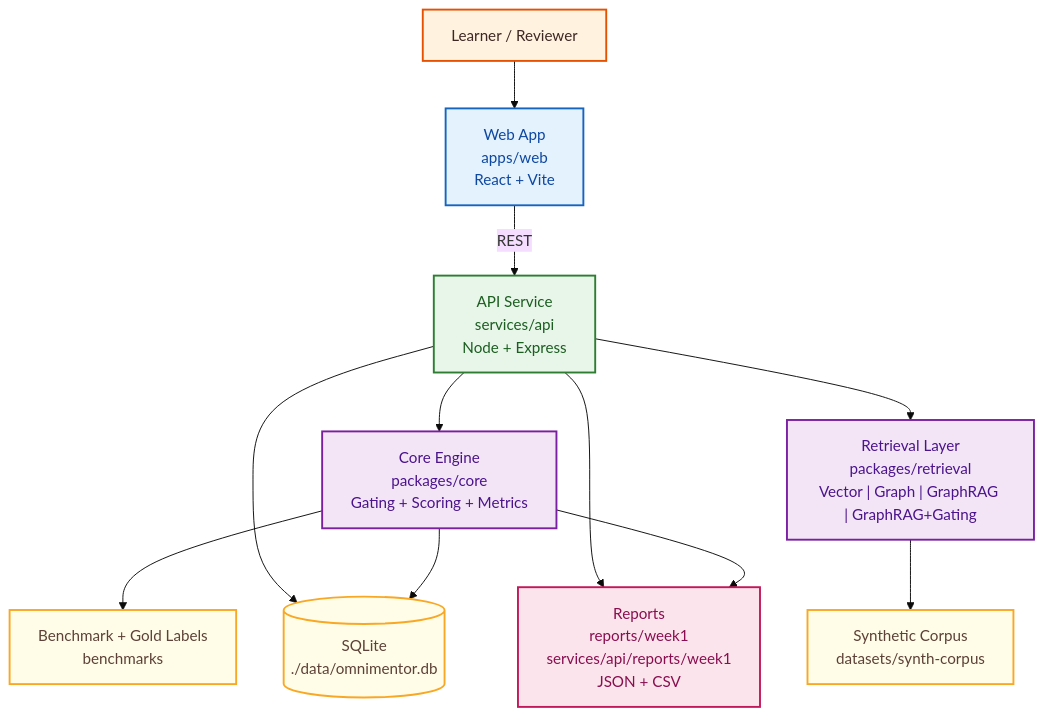
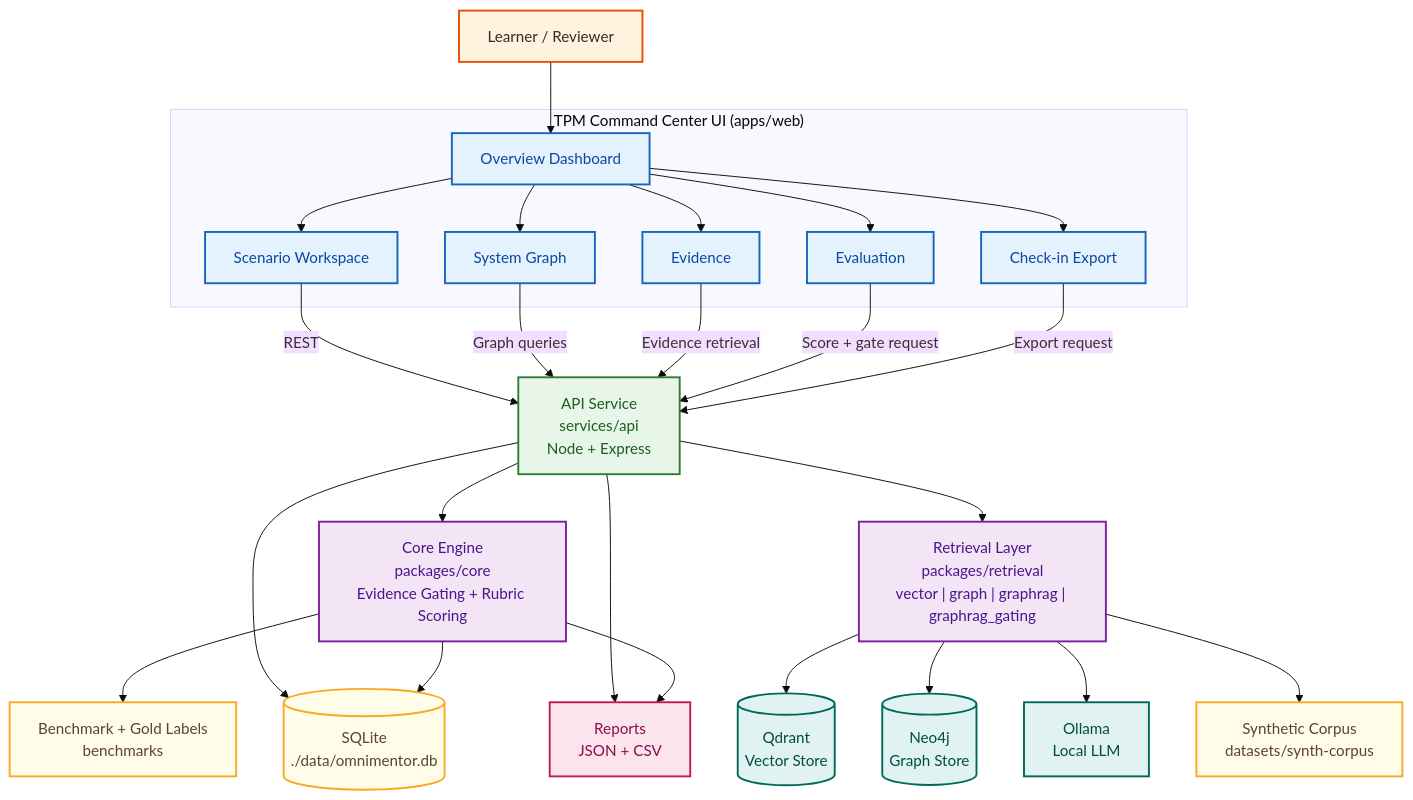
One commit to asharma3084/OmniMentor-Learning-Platform changed the first of 3 diagrams in docs/architecture.md. Above: the diagram before and after it, drawn with Mermaid (base theme). The commit also changed other lines of this file and 10 other files, not shown here.

Commit message:
Align command-center UI and architecture with proposal-ready A+ freeze scope

````diff
--- a/docs/architecture.md
+++ b/docs/architecture.md
@@ -24,50 +36,75 @@
 ```mermaid
 flowchart TB
-  %% ---------- Clients ----------
+  %% ---------- User + UI ----------
   U["Learner / Reviewer"]
-  W["Web App\napps/web\nReact + Vite"]
+  subgraph UI["TPM Command Center UI (apps/web)"]
+    DASH["Overview Dashboard"]
+    WS["Scenario Workspace"]
+    SG["System Graph"]
+    EV["Evidence"]
+    EVAL["Evaluation"]
+    EXP["Check-in Export"]
+  end
 
-  %% ---------- API ----------
+  %% ---------- Services ----------
   A["API Service\nservices/api\nNode + Express"]
+  C["Core Engine\npackages/core\nEvidence Gating + Rubric Scoring"]
+  R["Retrieval Layer\npackages/retrieval\nvector | graph | graphrag | graphrag_gating"]
 
-  %% ---------- Core ----------
-  C["Core Engine\npackages/core\nGating + Scoring + Metrics"]
-  R["Retrieval Layer\npackages/retrieval\nVector | Graph | GraphRAG | GraphRAG+Gating"]
+  %% ---------- Infrastructure ----------
+  LLM["Ollama\nLocal LLM"]
+  NEO[("Neo4j\nGraph Store")]
+  QD[("Qdrant\nVector Store")]
 
   %% ---------- Data ----------
   DB[("SQLite\n./data/omnimentor.db")]
   DS["Synthetic Corpus\ndatasets/synth-corpus"]
   BM["Benchmark + Gold Labels\nbenchmarks"]
 
   %% ---------- Outputs ----------
-  REP["Reports\nreports/week1\nservices/api/reports/week1\nJSON + CSV"]
+  REP["Reports\nJSON + CSV"]
 
-  U --> W
-  W -->|REST| A
+  U --> DASH
+  DASH --> WS
+  DASH --> SG
+  DASH --> EV
+  DASH --> EVAL
+  DASH --> EXP
+
+  WS -->|REST| A
+  SG -->|Graph queries| A
+  EV -->|Evidence retrieval| A
+  EVAL -->|Score + gate request| A
+  EXP -->|Export request| A
 
   A --> C
   A --> R
   A --> DB
 
+  R --> QD
+  R --> NEO
+  R --> LLM
   R --> DS
   C --> BM
   C --> DB
 
   A --> REP
   C --> REP
 
   %% ---------- Class styling ----------
   classDef client fill:#FFF3E0,stroke:#E65100,color:#3E2723,stroke-width:2px;
   classDef ui fill:#E3F2FD,stroke:#1565C0,color:#0D47A1,stroke-width:2px;
   classDef api fill:#E8F5E9,stroke:#2E7D32,color:#1B5E20,stroke-width:2px;
   classDef core fill:#F3E5F5,stroke:#7B1FA2,color:#4A148C,stroke-width:2px;
   classDef data fill:#FFFDE7,stroke:#F9A825,color:#5D4037,stroke-width:2px;
   classDef output fill:#FCE4EC,stroke:#C2185B,color:#880E4F,stroke-width:2px;
+  classDef infra fill:#E0F2F1,stroke:#00695C,color:#004D40,stroke-width:2px;
 
   class U client;
-  class W ui;
+  class DASH,WS,SG,EV,EVAL,EXP ui;
   class A api;
   class C,R core;
   class DB,DS,BM data;
+  class QD,NEO,LLM infra;
   class REP output;
 ```
````
